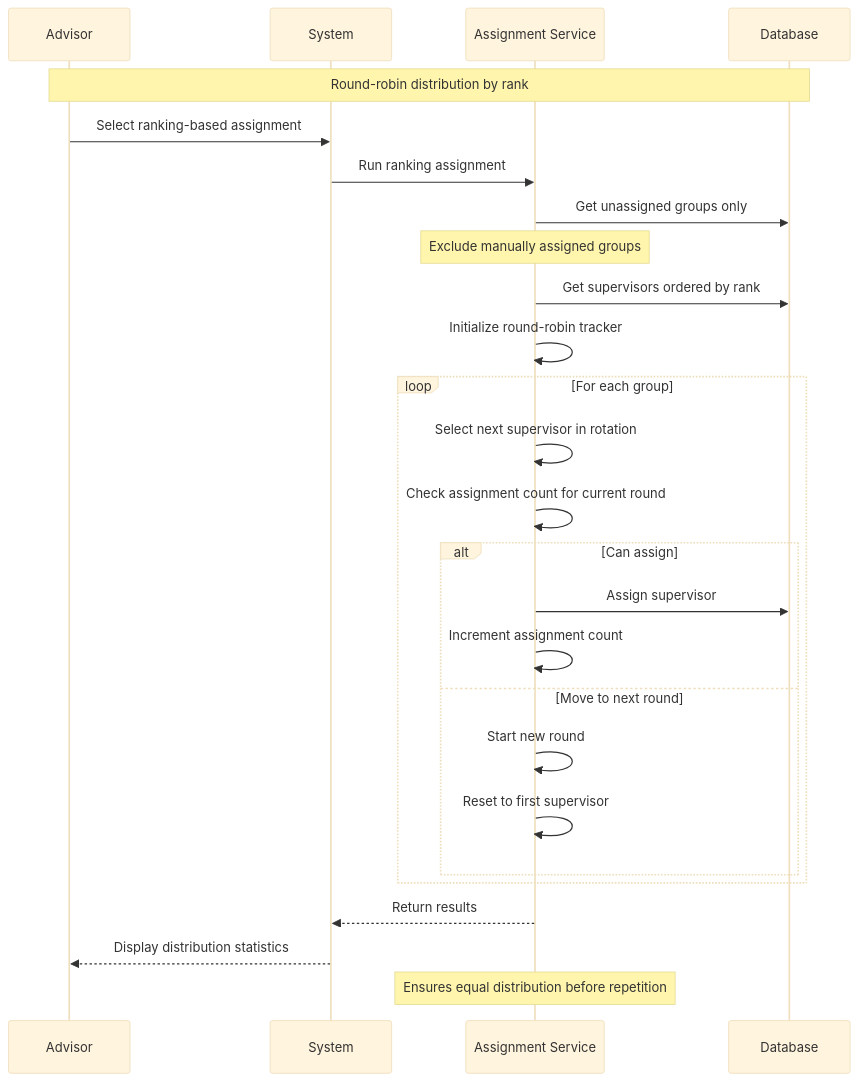
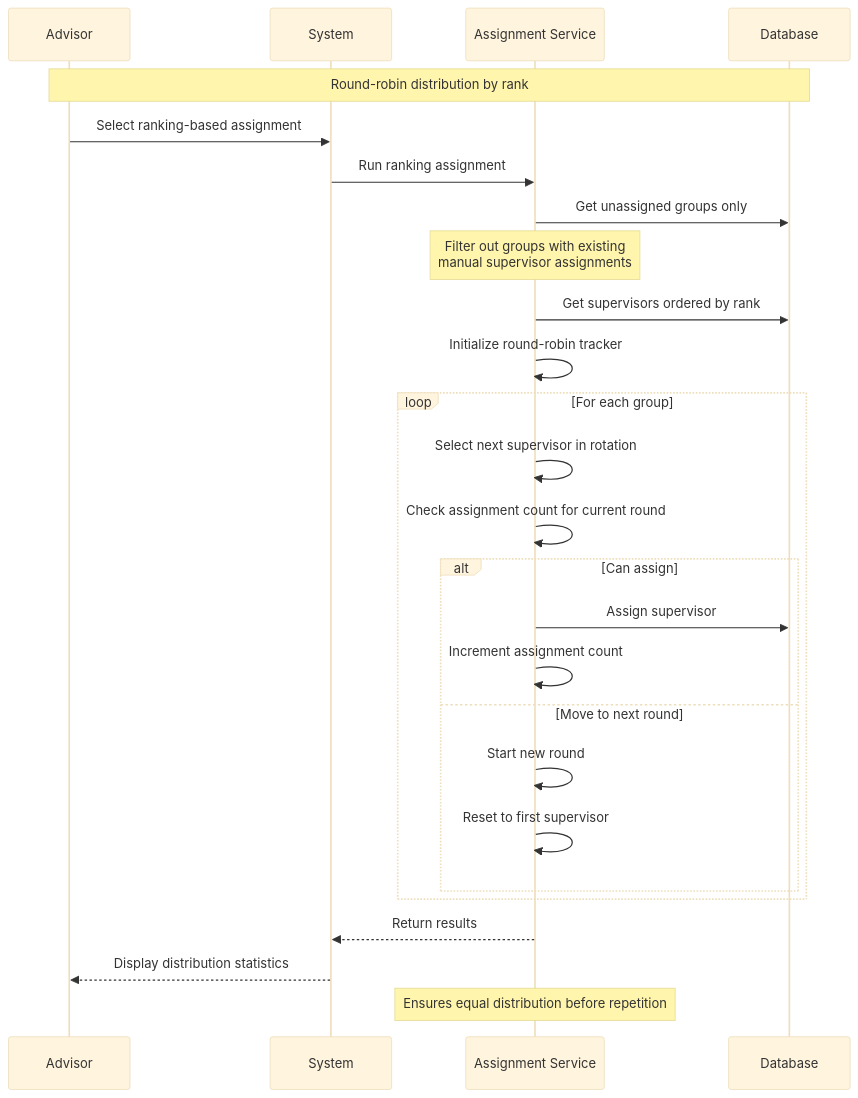
Before and after one commit to abdullah2323442/thesisrepo-backup: diagram 21 of 35 in sequence-academic.md, drawn with Mermaid (base theme). The commit also changed other lines of this file, not shown here.

Commit message:
update sequence academic md

````diff
--- a/sequence-academic.md
+++ b/sequence-academic.md
@@ -649,35 +649,35 @@
 ```mermaid
 sequenceDiagram
     participant Advisor
     participant System
     participant Assignment Service
     participant Database
 
     Note over Advisor,Database: Round-robin distribution by rank
     
     Advisor->>System: Select ranking-based assignment
     System->>Assignment Service: Run ranking assignment
     
     Assignment Service->>Database: Get unassigned groups only
-    Note over Assignment Service: Exclude manually assigned groups
+    Note over Assignment Service: Filter out groups with existing<br/>manual supervisor assignments
     Assignment Service->>Database: Get supervisors ordered by rank
     Assignment Service->>Assignment Service: Initialize round-robin tracker
     
     loop For each group
         Assignment Service->>Assignment Service: Select next supervisor in rotation
         Assignment Service->>Assignment Service: Check assignment count for current round
         
         alt Can assign
             Assignment Service->>Database: Assign supervisor
             Assignment Service->>Assignment Service: Increment assignment count
         else Move to next round
             Assignment Service->>Assignment Service: Start new round
             Assignment Service->>Assignment Service: Reset to first supervisor
         end
     end
     
     Assignment Service-->>System: Return results
     System-->>Advisor: Display distribution statistics
     
     Note over Assignment Service: Ensures equal distribution before repetition
 ```
````
